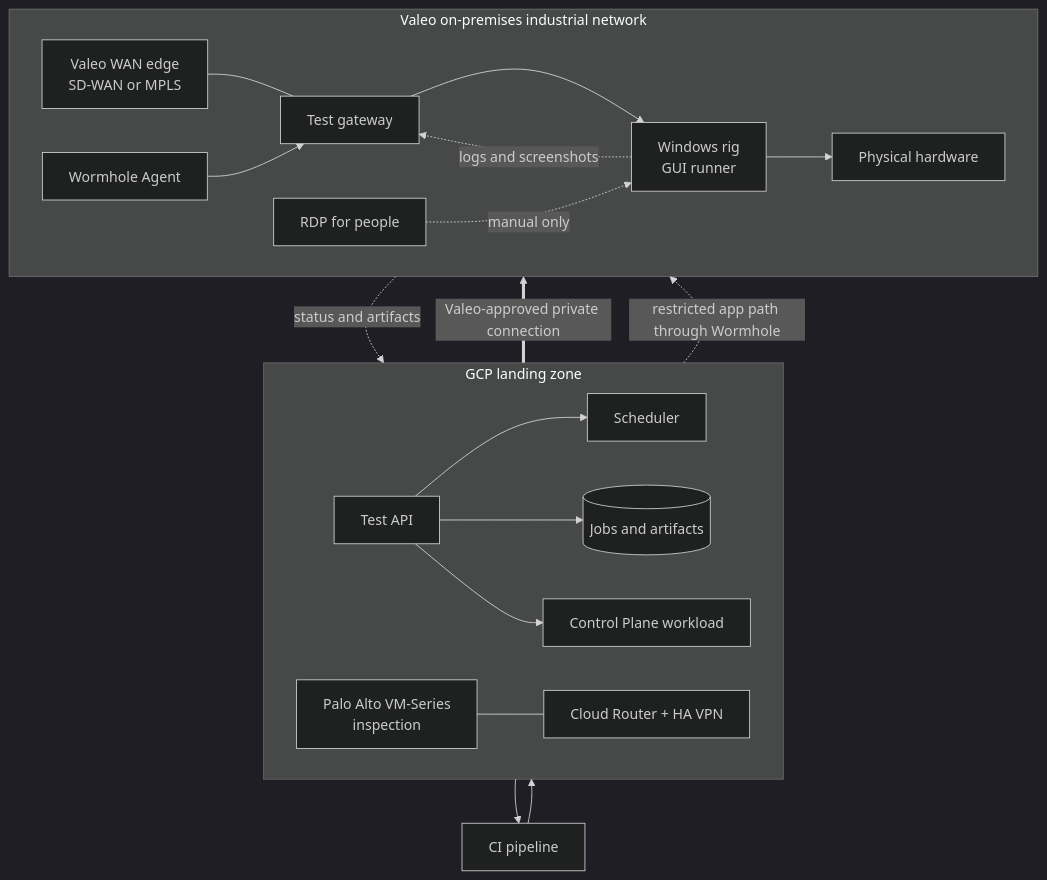
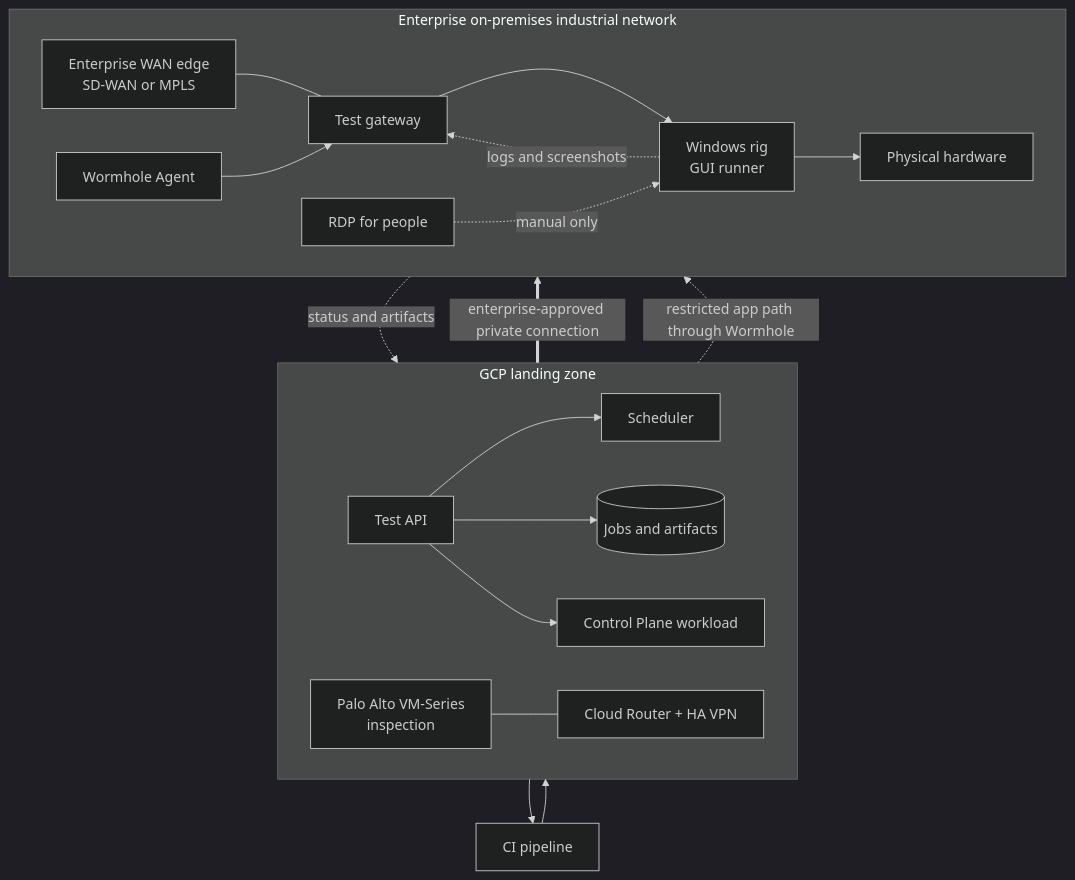
Before and after one commit to joreichhardt/rtst-hw: the diagram in README.md, drawn with Mermaid (dark theme). The commit also changed other lines of this file and 5 other files, not shown here.

Commit message:
Anonymize enterprise architecture

````diff
--- a/README.md
+++ b/README.md
@@ -13,26 +13,26 @@
 ```mermaid
 flowchart TB
   CI[CI pipeline] --> API[Test API]
 
   subgraph GCP[GCP landing zone]
     direction LR
     API --> SCH[Scheduler]
     API --> ART[(Jobs and artifacts)]
     API --> CP[Control Plane workload]
     PA[Palo Alto VM-Series\ninspection] --- VPN[Cloud Router + HA VPN]
   end
 
-  subgraph Valeo[Valeo on-premises industrial network]
+  subgraph Enterprise[Enterprise on-premises industrial network]
     direction LR
-    EDGE[Valeo WAN edge\nSD-WAN or MPLS] --- GW[Test gateway]
+    EDGE[Enterprise WAN edge\nSD-WAN or MPLS] --- GW[Test gateway]
     WH[Wormhole Agent] --> GW
     GW --> WIN[Windows rig\nGUI runner] --> HW[Physical hardware]
     RDP[RDP for people] -. manual only .-> WIN
   end
 
-  VPN == Valeo-approved private connection ==> EDGE
+  VPN == enterprise-approved private connection ==> EDGE
   CP -. restricted app path through Wormhole .-> WH
   WIN -. logs and screenshots .-> GW
   GW -. status and artifacts .-> API
   API --> CI
 ```
````
